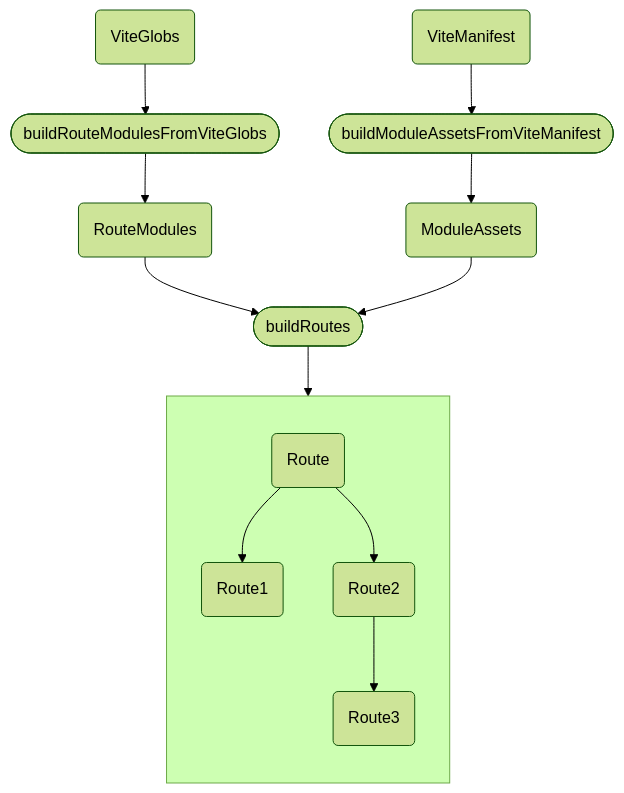
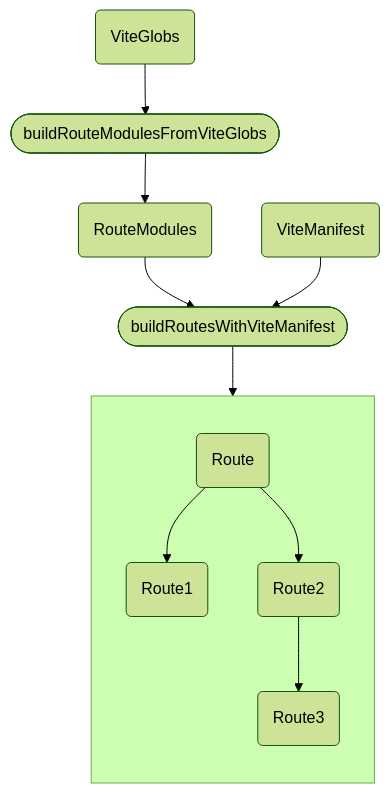
The diagram in apps/web/src/app/docs/arch/routes/index.md (eu-ge-ne/enrouter), drawn with Mermaid (forest theme) before and after one commit. The commit also changed other lines of this file and 16 other files, not shown here.

Commit message:
feat: buildRoutesWithViteManifest (#65)

````diff
--- a/apps/web/src/app/docs/arch/routes/index.md
+++ b/apps/web/src/app/docs/arch/routes/index.md
@@ -6,32 +5,28 @@
 ```mermaid
 graph TB
   VG(ViteGlobs)
   VM(ViteManifest)
   BRM([buildRouteModulesFromViteGlobs])
-  BMA([buildModuleAssetsFromViteManifest])
   RM(RouteModules)
-  MA(ModuleAssets)
-  BR([buildRoutes])
+  BR([buildRoutesWithViteManifest])
   subgraph RTT [" "]
     direction TB
 
     RT(Route)
     RT1(Route1)
     RT2(Route2)
     RT3(Route3)
 
     RT-->RT1
     RT-->RT2
     RT2-->RT3
   end;
 
   VG-->BRM
   BRM-->RM
   RM-->BR
 
-  VM-->BMA
-  BMA-->MA
-  MA-->BR
+  VM-->BR
 
   BR-->RTT
 ```
````
